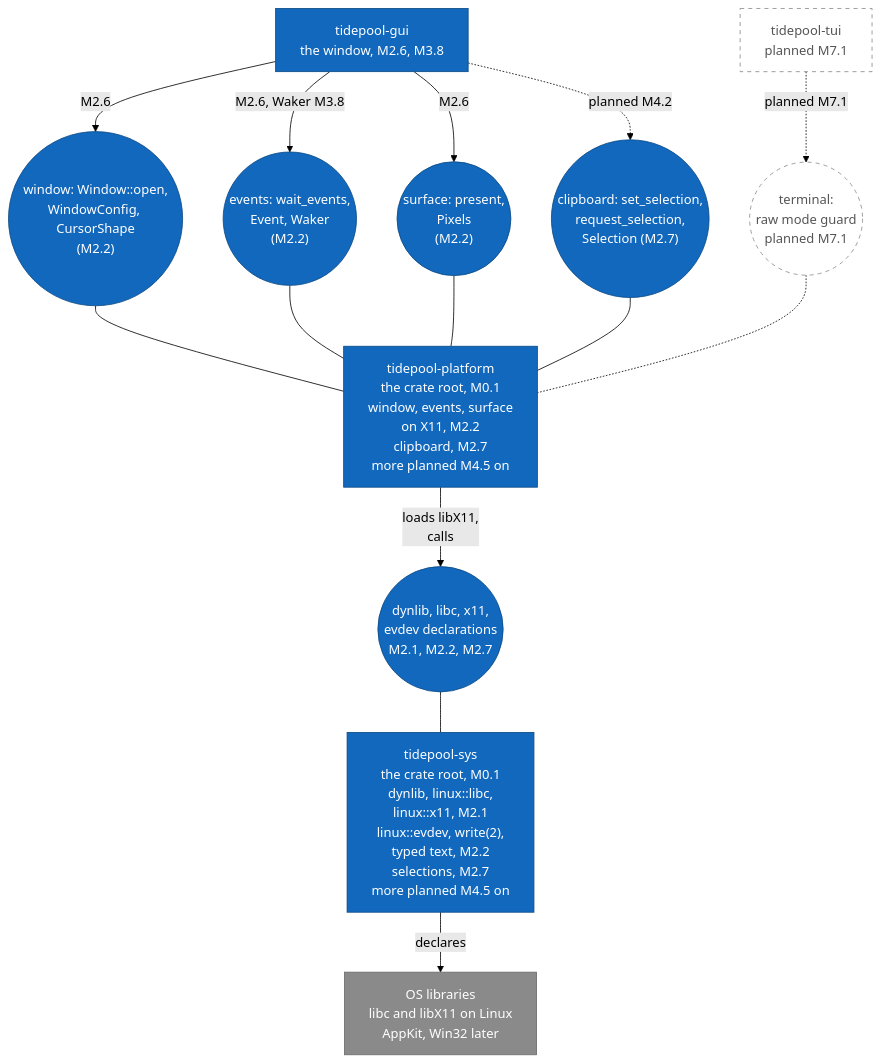
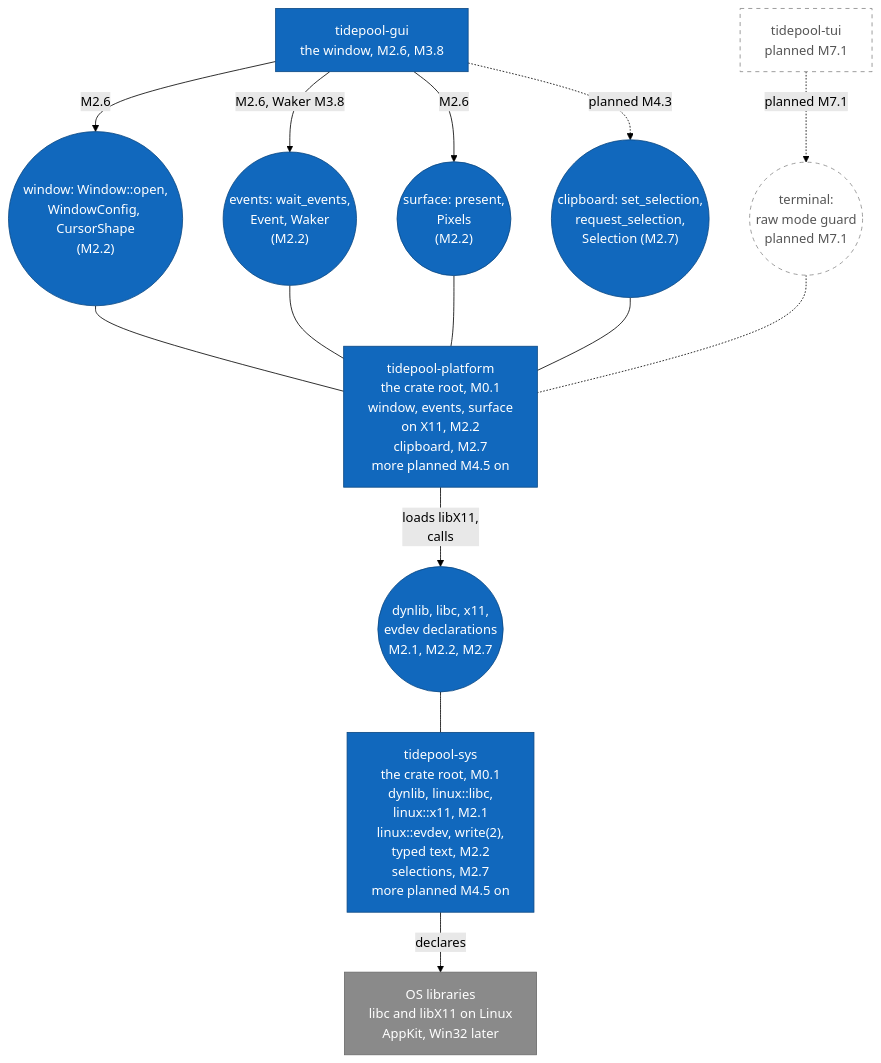
The seventh of 21 diagrams in diagrams/component-diagrams.md (jabbott-iii/Tidepool), drawn with Mermaid (forest theme) before and after one commit. The commit also changed other lines of this file and 38 other files, not shown here.

````diff
--- a/diagrams/component-diagrams.md
+++ b/diagrams/component-diagrams.md
@@ -449,40 +450,40 @@
 ```mermaid
 flowchart TB
     c_gui["tidepool-gui<br/>the window, M2.6, M3.8"]
     c_tui["tidepool-tui<br/>planned M7.1"]
 
     i_window(("window: Window::open,<br/>WindowConfig, CursorShape<br/>(M2.2)"))
     i_events(("events: wait_events,<br/>Event, Waker<br/>(M2.2)"))
     i_surface(("surface: present,<br/>Pixels<br/>(M2.2)"))
     i_clip(("clipboard: set_selection,<br/>request_selection,<br/>Selection (M2.7)"))
     i_terminal(("terminal:<br/>raw mode guard<br/>planned M7.1"))
 
     c_platform["tidepool-platform<br/>the crate root, M0.1<br/>window, events, surface<br/>on X11, M2.2<br/>clipboard, M2.7<br/>more planned M4.5 on"]
     i_decl(("dynlib, libc, x11,<br/>evdev declarations<br/>M2.1, M2.2, M2.7"))
     c_sys["tidepool-sys<br/>the crate root, M0.1<br/>dynlib, linux::libc,<br/>linux::x11, M2.1<br/>linux::evdev, write(2),<br/>typed text, M2.2<br/>selections, M2.7<br/>more planned M4.5 on"]
     e_os["OS libraries<br/>libc and libX11 on Linux<br/>AppKit, Win32 later"]
 
     c_gui -->|"M2.6"| i_window
     c_gui -->|"M2.6, Waker M3.8"| i_events
     c_gui -->|"M2.6"| i_surface
-    c_gui -.->|"planned M4.2"| i_clip
+    c_gui -.->|"planned M4.3"| i_clip
     c_tui -.->|"planned M7.1"| i_terminal
 
     i_window --- c_platform
     i_events --- c_platform
     i_surface --- c_platform
     i_clip --- c_platform
     i_terminal -.- c_platform
 
     c_platform -->|"loads libX11,<br/>calls"| i_decl
     i_decl --- c_sys
     c_sys -->|"declares"| e_os
 
     classDef built fill:#1168bd,stroke:#0b4884,color:#ffffff
     classDef external fill:#8a8a8a,stroke:#6b6b6b,color:#ffffff
     classDef planned fill:#ffffff,stroke:#888888,stroke-dasharray: 5 5,color:#555555
     class c_platform,c_sys,c_gui,i_decl,i_window,i_events,i_surface,i_clip built
     class c_tui planned
     class i_terminal planned
     class e_os external
 ```
````
